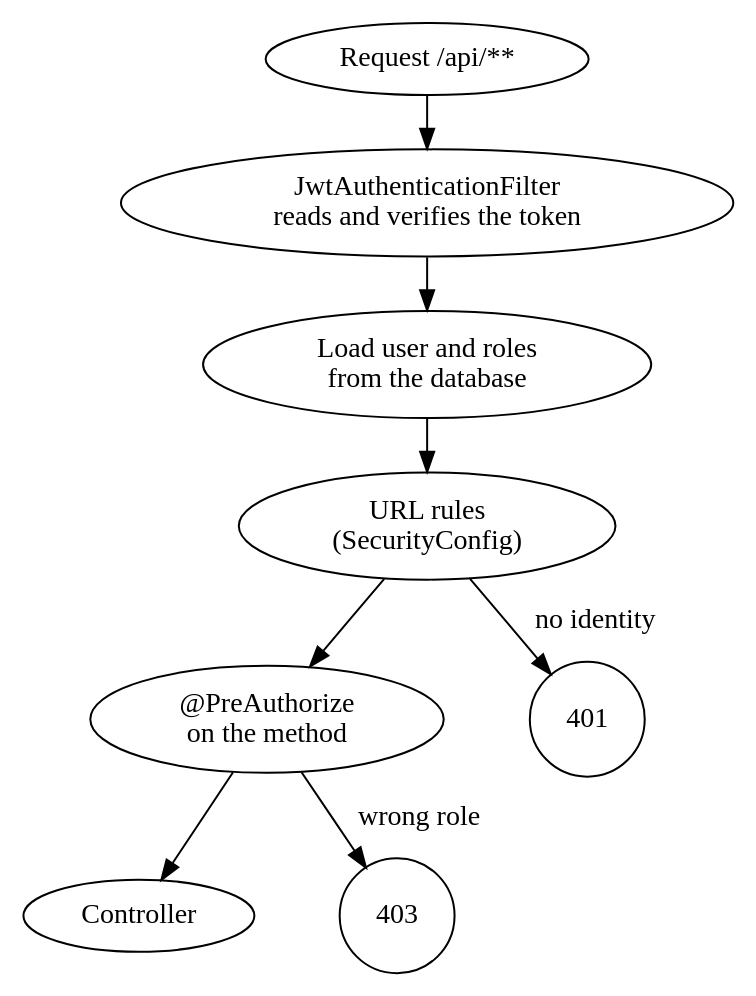
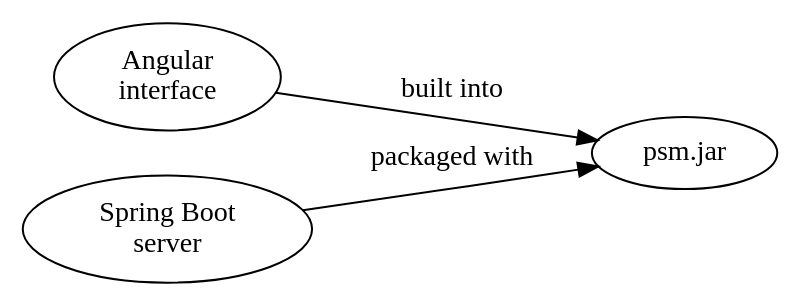
The second of 3 diagrams in docs/pack/compte-rendu.md (aziza-bellanes/angluar-springboot-project), drawn with Graphviz before and after one commit. The commit also changed other lines of this file and 15 other files, not shown here.

````diff
--- a/docs/pack/compte-rendu.md
+++ b/docs/pack/compte-rendu.md
@@ -107,9 +203,7 @@
 ```dot
 digraph {
-  rankdir=TB; nodesep=0.6; ranksep=0.35;
-  r[label="Request /api/**"]; f[label="JwtAuthenticationFilter\nreads and verifies the token"]; u[label="Load user and roles\nfrom the database"]; a[label="URL rules\n(SecurityConfig)"]; p[label="@PreAuthorize\non the method"]; c[label="Controller"];
-  r -> f -> u -> a -> p -> c;
-  a -> e1[label="no identity"]; e1[label="401",shape=circle,fillcolor="#f4edde"];
-  p -> e2[label="wrong role"]; e2[label="403",shape=circle,fillcolor="#f4edde"];
+  rankdir=LR; nodesep=0.3;
+  a[label="Angular\ninterface"]; s[label="Spring Boot\nserver"]; j[label="psm.jar",fillcolor="#e7b84b"];
+  a -> j [label="built into"]; s -> j [label="packaged with"];
 }
 ```
````
